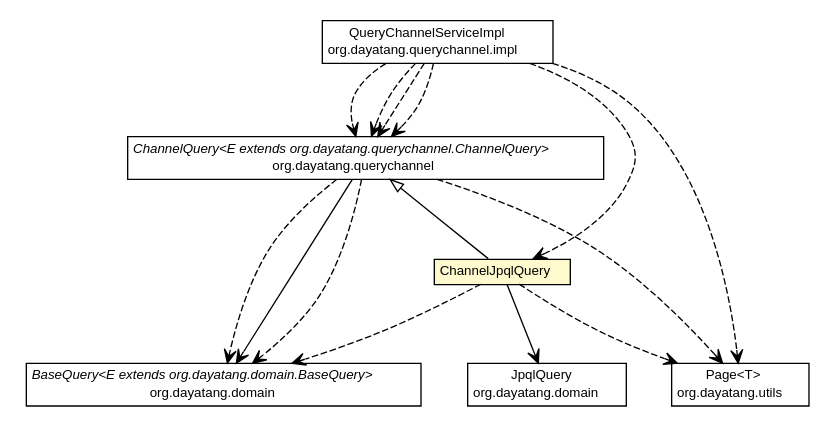
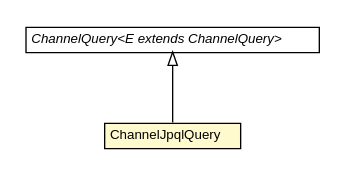
The diagram in dddlib-query-channel/apidocs/org/dayatang/querychannel/query/ChannelJpqlQuery.dot (dayatang/dddlib), drawn with Graphviz before and after one commit. The commit also changed 148 other files, not shown here.

```diff
--- a/dddlib-query-channel/apidocs/org/dayatang/querychannel/query/ChannelJpqlQuery.dot
+++ b/dddlib-query-channel/apidocs/org/dayatang/querychannel/query/ChannelJpqlQuery.dot
@@ -1,81 +1,26 @@
 #!/usr/local/bin/dot
 #
 # Class diagram 
 # Generated by UMLGraph version R5_6_6-8-g8d7759 (http://www.umlgraph.org/)
 #
 
 digraph G {
 	edge [fontname="Helvetica",fontsize=10,labelfontname="Helvetica",labelfontsize=10];
 	node [fontname="Helvetica",fontsize=10,shape=plaintext];
 	nodesep=0.25;
 	ranksep=0.5;
 	// org.dayatang.querychannel.ChannelQuery<E extends org.dayatang.querychannel.ChannelQuery>
-	c32 [label=<<table title="org.dayatang.querychannel.ChannelQuery" border="0" cellborder="1" cellspacing="0" cellpadding="2" port="p" href="../ChannelQuery.html">
+	c23 [label=<<table title="org.dayatang.querychannel.ChannelQuery" border="0" cellborder="1" cellspacing="0" cellpadding="2" port="p" href="../ChannelQuery.html">
 		<tr><td><table border="0" cellspacing="0" cellpadding="1">
-<tr><td align="center" balign="center"><font face="Helvetica-Oblique"> ChannelQuery&lt;E extends org.dayatang.querychannel.ChannelQuery&gt; </font></td></tr>
-<tr><td align="center" balign="center"> org.dayatang.querychannel </td></tr>
+<tr><td align="center" balign="center"><font face="Helvetica-Oblique"> ChannelQuery&lt;E extends ChannelQuery&gt; </font></td></tr>
 		</table></td></tr>
 		</table>>, URL="../ChannelQuery.html", fontname="Helvetica", fontcolor="black", fontsize=10.0];
-	// org.dayatang.querychannel.impl.QueryChannelServiceImpl
-	c36 [label=<<table title="org.dayatang.querychannel.impl.QueryChannelServiceImpl" border="0" cellborder="1" cellspacing="0" cellpadding="2" port="p" href="../impl/QueryChannelServiceImpl.html">
-		<tr><td><table border="0" cellspacing="0" cellpadding="1">
-<tr><td align="center" balign="center"> QueryChannelServiceImpl </td></tr>
-<tr><td align="center" balign="center"> org.dayatang.querychannel.impl </td></tr>
-		</table></td></tr>
-		</table>>, URL="../impl/QueryChannelServiceImpl.html", fontname="Helvetica", fontcolor="black", fontsize=10.0];
 	// org.dayatang.querychannel.query.ChannelJpqlQuery
-	c42 [label=<<table title="org.dayatang.querychannel.query.ChannelJpqlQuery" border="0" cellborder="1" cellspacing="0" cellpadding="2" port="p" bgcolor="lemonChiffon" href="./ChannelJpqlQuery.html">
+	c30 [label=<<table title="org.dayatang.querychannel.query.ChannelJpqlQuery" border="0" cellborder="1" cellspacing="0" cellpadding="2" port="p" bgcolor="lemonChiffon" href="./ChannelJpqlQuery.html">
 		<tr><td><table border="0" cellspacing="0" cellpadding="1">
 <tr><td align="center" balign="center"> ChannelJpqlQuery </td></tr>
 		</table></td></tr>
 		</table>>, URL="./ChannelJpqlQuery.html", fontname="Helvetica", fontcolor="black", fontsize=10.0];
 	//org.dayatang.querychannel.query.ChannelJpqlQuery extends org.dayatang.querychannel.ChannelQuery<org.dayatang.querychannel.query.ChannelJpqlQuery>
-	c32:p -> c42:p [dir=back,arrowtail=empty];
-	// org.dayatang.querychannel.ChannelQuery<E extends org.dayatang.querychannel.ChannelQuery> NAVASSOC org.dayatang.domain.BaseQuery<E extends org.dayatang.domain.BaseQuery>
-	c32:p -> c44:p [taillabel="", label=" "headlabel="", fontname="Helvetica", fontcolor="black", fontsize=10.0, color="black", arrowhead=open];
-	// org.dayatang.querychannel.query.ChannelJpqlQuery NAVASSOC org.dayatang.domain.JpqlQuery
-	c42:p -> c45:p [taillabel="", label=" "headlabel="", fontname="Helvetica", fontcolor="black", fontsize=10.0, color="black", arrowhead=open];
-	// org.dayatang.querychannel.ChannelQuery<E extends org.dayatang.querychannel.ChannelQuery> DEPEND org.dayatang.utils.Page<T>
-	c32:p -> c46:p [taillabel="", label=" "headlabel="", fontname="Helvetica", fontcolor="black", fontsize=10.0, color="black", arrowhead=open, style=dashed];
-	// org.dayatang.querychannel.ChannelQuery<E extends org.dayatang.querychannel.ChannelQuery> DEPEND org.dayatang.domain.BaseQuery<E extends org.dayatang.domain.BaseQuery>
-	c32:p -> c44:p [taillabel="", label=" "headlabel="", fontname="Helvetica", fontcolor="black", fontsize=10.0, color="black", arrowhead=open, style=dashed];
-	// org.dayatang.querychannel.ChannelQuery<E extends org.dayatang.querychannel.ChannelQuery> DEPEND org.dayatang.domain.BaseQuery<E extends org.dayatang.domain.BaseQuery>
-	c32:p -> c44:p [taillabel="", label=" "headlabel="", fontname="Helvetica", fontcolor="black", fontsize=10.0, color="black", arrowhead=open, style=dashed];
-	// org.dayatang.querychannel.impl.QueryChannelServiceImpl DEPEND org.dayatang.querychannel.ChannelQuery<E extends org.dayatang.querychannel.ChannelQuery>
-	c36:p -> c32:p [taillabel="", label=" "headlabel="", fontname="Helvetica", fontcolor="black", fontsize=10.0, color="black", arrowhead=open, style=dashed];
-	// org.dayatang.querychannel.impl.QueryChannelServiceImpl DEPEND org.dayatang.querychannel.ChannelQuery<E extends org.dayatang.querychannel.ChannelQuery>
-	c36:p -> c32:p [taillabel="", label=" "headlabel="", fontname="Helvetica", fontcolor="black", fontsize=10.0, color="black", arrowhead=open, style=dashed];
-	// org.dayatang.querychannel.impl.QueryChannelServiceImpl DEPEND org.dayatang.utils.Page<T>
-	c36:p -> c46:p [taillabel="", label=" "headlabel="", fontname="Helvetica", fontcolor="black", fontsize=10.0, color="black", arrowhead=open, style=dashed];
-	// org.dayatang.querychannel.impl.QueryChannelServiceImpl DEPEND org.dayatang.querychannel.ChannelQuery<E extends org.dayatang.querychannel.ChannelQuery>
-	c36:p -> c32:p [taillabel="", label=" "headlabel="", fontname="Helvetica", fontcolor="black", fontsize=10.0, color="black", arrowhead=open, style=dashed];
-	// org.dayatang.querychannel.impl.QueryChannelServiceImpl DEPEND org.dayatang.querychannel.ChannelQuery<E extends org.dayatang.querychannel.ChannelQuery>
-	c36:p -> c32:p [taillabel="", label=" "headlabel="", fontname="Helvetica", fontcolor="black", fontsize=10.0, color="black", arrowhead=open, style=dashed];
-	// org.dayatang.querychannel.impl.QueryChannelServiceImpl DEPEND org.dayatang.querychannel.query.ChannelJpqlQuery
-	c36:p -> c42:p [taillabel="", label=" "headlabel="", fontname="Helvetica", fontcolor="black", fontsize=10.0, color="black", arrowhead=open, style=dashed];
-	// org.dayatang.querychannel.query.ChannelJpqlQuery DEPEND org.dayatang.domain.BaseQuery<E extends org.dayatang.domain.BaseQuery>
-	c42:p -> c44:p [taillabel="", label=" "headlabel="", fontname="Helvetica", fontcolor="black", fontsize=10.0, color="black", arrowhead=open, style=dashed];
-	// org.dayatang.querychannel.query.ChannelJpqlQuery DEPEND org.dayatang.utils.Page<T>
-	c42:p -> c46:p [taillabel="", label=" "headlabel="", fontname="Helvetica", fontcolor="black", fontsize=10.0, color="black", arrowhead=open, style=dashed];
-	// org.dayatang.utils.Page<T>
-	c46 [label=<<table title="org.dayatang.utils.Page" border="0" cellborder="1" cellspacing="0" cellpadding="2" port="p" href="http://java.sun.com/j2se/1.4.2/docs/api/org/dayatang/utils/Page.html">
-		<tr><td><table border="0" cellspacing="0" cellpadding="1">
-<tr><td align="center" balign="center"> Page&lt;T&gt; </td></tr>
-<tr><td align="center" balign="center"> org.dayatang.utils </td></tr>
-		</table></td></tr>
-		</table>>, URL="http://java.sun.com/j2se/1.4.2/docs/api/org/dayatang/utils/Page.html", fontname="Helvetica", fontcolor="black", fontsize=10.0];
-	// org.dayatang.domain.BaseQuery<E extends org.dayatang.domain.BaseQuery>
-	c44 [label=<<table title="org.dayatang.domain.BaseQuery" border="0" cellborder="1" cellspacing="0" cellpadding="2" port="p" href="http://java.sun.com/j2se/1.4.2/docs/api/org/dayatang/domain/BaseQuery.html">
-		<tr><td><table border="0" cellspacing="0" cellpadding="1">
-<tr><td align="center" balign="center"><font face="Helvetica-Oblique"> BaseQuery&lt;E extends org.dayatang.domain.BaseQuery&gt; </font></td></tr>
-<tr><td align="center" balign="center"> org.dayatang.domain </td></tr>
-		</table></td></tr>
-		</table>>, URL="http://java.sun.com/j2se/1.4.2/docs/api/org/dayatang/domain/BaseQuery.html", fontname="Helvetica", fontcolor="black", fontsize=10.0];
-	// org.dayatang.domain.JpqlQuery
-	c45 [label=<<table title="org.dayatang.domain.JpqlQuery" border="0" cellborder="1" cellspacing="0" cellpadding="2" port="p" href="http://java.sun.com/j2se/1.4.2/docs/api/org/dayatang/domain/JpqlQuery.html">
-		<tr><td><table border="0" cellspacing="0" cellpadding="1">
-<tr><td align="center" balign="center"> JpqlQuery </td></tr>
-<tr><td align="center" balign="center"> org.dayatang.domain </td></tr>
-		</table></td></tr>
-		</table>>, URL="http://java.sun.com/j2se/1.4.2/docs/api/org/dayatang/domain/JpqlQuery.html", fontname="Helvetica", fontcolor="black", fontsize=10.0];
+	c23:p -> c30:p [dir=back,arrowtail=empty];
 }
```
